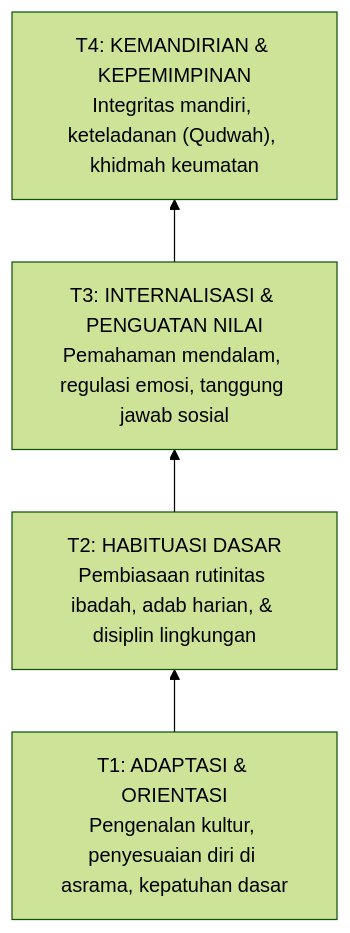
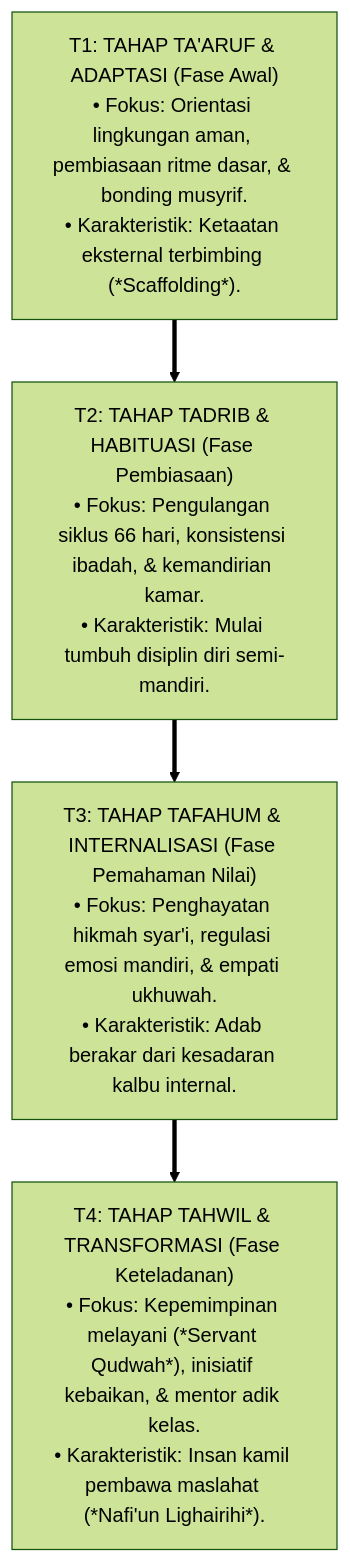
One commit to wandiapriliyandi/tumbuh changed the diagram in 01 Philosophy/03 Human Development/P1-03-03-Landasan-Filosofis-Tangga-TUMBUH-T1-T4.md. Above: the diagram before and after it, drawn with Mermaid (forest theme). The commit also changed other lines of this file and 5 other files, not shown here.

````diff
--- a/01 Philosophy/03 Human Development/P1-03-03-Landasan-Filosofis-Tangga-TUMBUH-T1-T4.md
+++ b/01 Philosophy/03 Human Development/P1-03-03-Landasan-Filosofis-Tangga-TUMBUH-T1-T4.md
@@ -12,11 +38,12 @@
 ```mermaid
-graph BT
-    T1["T1: ADAPTASI & ORIENTASI<br/>Pengenalan kultur, penyesuaian diri di asrama, kepatuhan dasar"]
-    T2["T2: HABITUASI DASAR<br/>Pembiasaan rutinitas ibadah, adab harian, & disiplin lingkungan"]
-    T3["T3: INTERNALISASI & PENGUATAN NILAI<br/>Pemahaman mendalam, regulasi emosi, tanggung jawab sosial"]
-    T4["T4: KEMANDIRIAN & KEPEMIMPINAN<br/>Integritas mandiri, keteladanan (Qudwah), khidmah keumatan"]
-
-    T1 --> T2
-    T2 --> T3
-    T3 --> T4
+graph TD
+    T1["T1: TAHAP TA'ARUF & ADAPTASI (Fase Awal)<br/>• Fokus: Orientasi lingkungan aman, pembiasaan ritme dasar, & bonding musyrif.<br/>• Karakteristik: Ketaatan eksternal terbimbing (*Scaffolding*)."]
+    
+    T2["T2: TAHAP TADRIB & HABITUASI (Fase Pembiasaan)<br/>• Fokus: Pengulangan siklus 66 hari, konsistensi ibadah, & kemandirian kamar.<br/>• Karakteristik: Mulai tumbuh disiplin diri semi-mandiri."]
+    
+    T3["T3: TAHAP TAFAHUM & INTERNALISASI (Fase Pemahaman Nilai)<br/>• Fokus: Penghayatan hikmah syar'i, regulasi emosi mandiri, & empati ukhuwah.<br/>• Karakteristik: Adab berakar dari kesadaran kalbu internal."]
+    
+    T4["T4: TAHAP TAHWIL & TRANSFORMASI (Fase Keteladanan)<br/>• Fokus: Kepemimpinan melayani (*Servant Qudwah*), inisiatif kebaikan, & mentor adik kelas.<br/>• Karakteristik: Insan kamil pembawa maslahat (*Nafi'un Lighairihi*)."]
+    
+    T1 ==> T2 ==> T3 ==> T4
 ```
````
